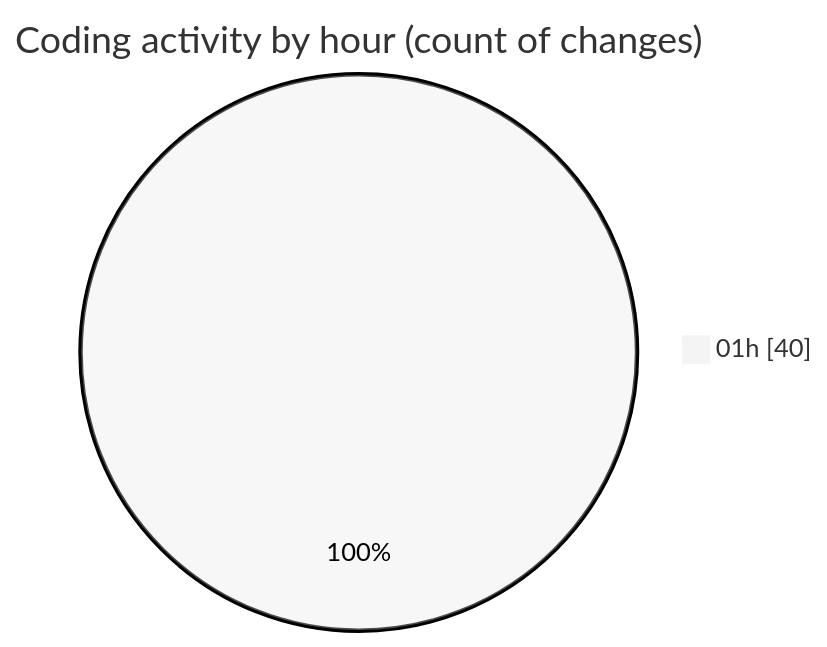
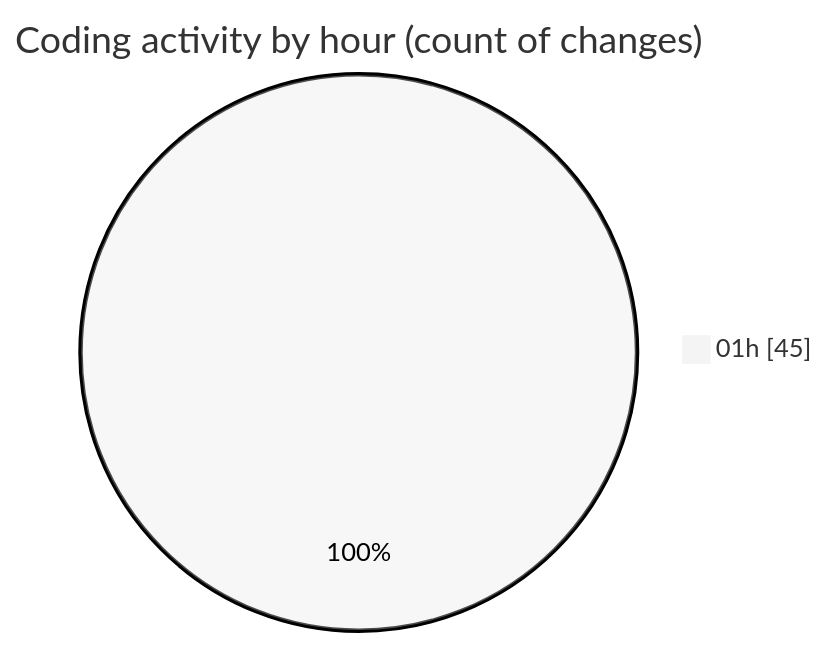
Before and after one commit to Netris89/code-tracking: the second of 2 diagrams in 2025-10-25/skintrack/README.md, drawn with Mermaid (neutral theme). The commit also changed other lines of this file and 1 other file, not shown here.

````diff
--- a/2025-10-25/skintrack/README.md
+++ b/2025-10-25/skintrack/README.md
@@ -33,5 +33,5 @@
 ```mermaid
 pie showData
 title Coding activity by hour (count of changes)
-"01h" : 40
+"01h" : 45
 ```
````
